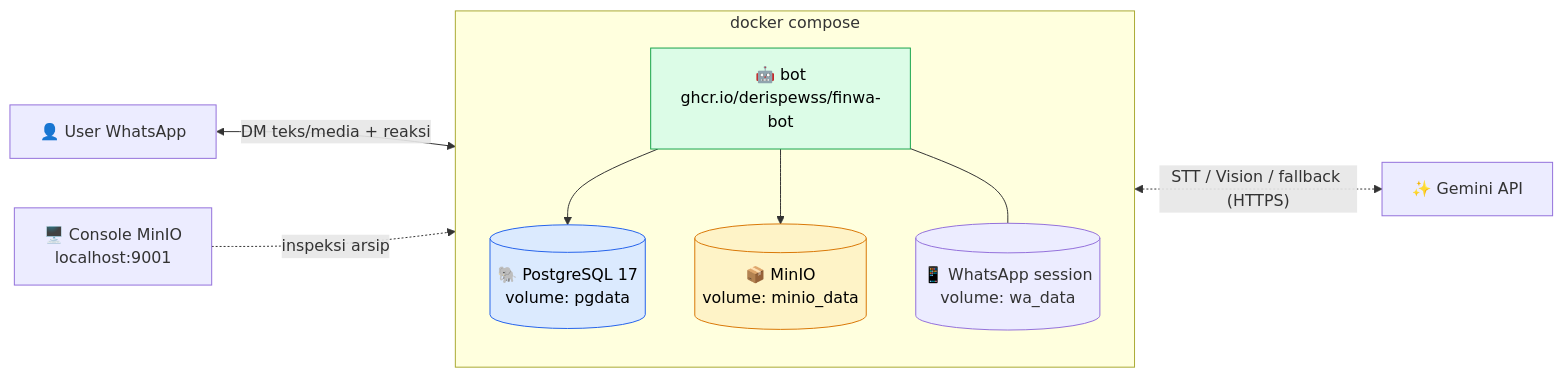
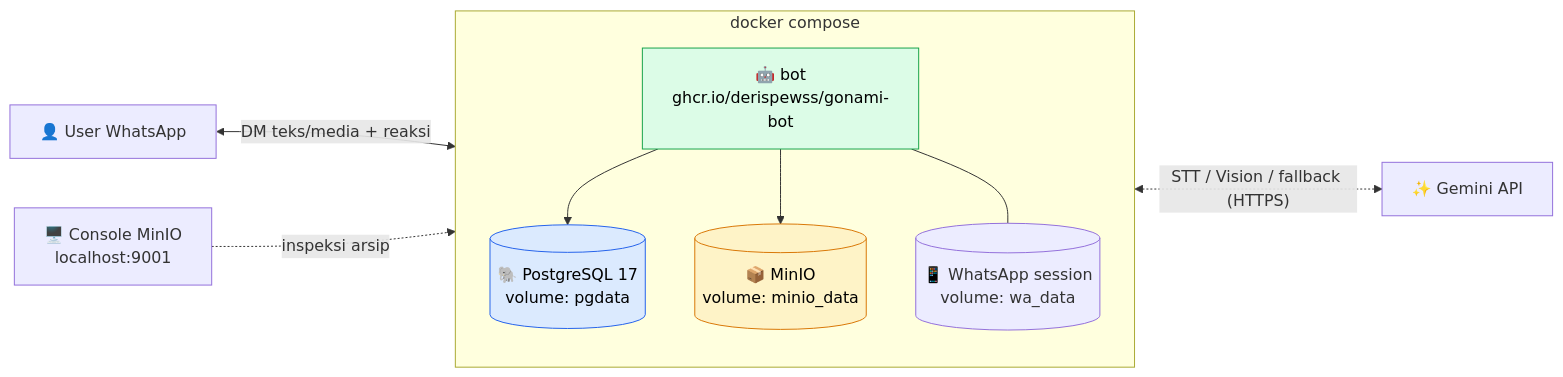
One commit to derispewss/gonami-projects changed the third of 5 diagrams in README.md. Above: the diagram before and after it, drawn with Mermaid. The commit also changed other lines of this file and 39 other files, not shown here.

First line of the commit message:
refactor: ganti nama proyek finwa menjadi gonami

````diff
--- a/README.md
+++ b/README.md
@@ -134,16 +134,16 @@
 ```mermaid
 flowchart LR
     subgraph docker["docker compose"]
         direction TB
-        B["🤖 bot<br/>ghcr.io/derispewss/finwa-bot"] --> DB[("🐘 PostgreSQL 17<br/>volume: pgdata")]
+        B["🤖 bot<br/>ghcr.io/derispewss/gonami-bot"] --> DB[("🐘 PostgreSQL 17<br/>volume: pgdata")]
         B --> MIO[("📦 MinIO<br/>volume: minio_data")]
         B --- W[("📱 WhatsApp session<br/>volume: wa_data")]
     end
     U["👤 User WhatsApp"] <-->|"DM teks/media + reaksi"| B
     B <-.->|"STT / Vision / fallback (HTTPS)"| G["✨ Gemini API"]
     C["🖥️ Console MinIO<br/>localhost:9001"] -.->|inspeksi arsip| MIO
 
     style B fill:#dcfce7,stroke:#16a34a,color:#000
     style DB fill:#dbeafe,stroke:#2563eb,color:#000
     style MIO fill:#fef3c7,stroke:#d97706,color:#000
 ```
````
